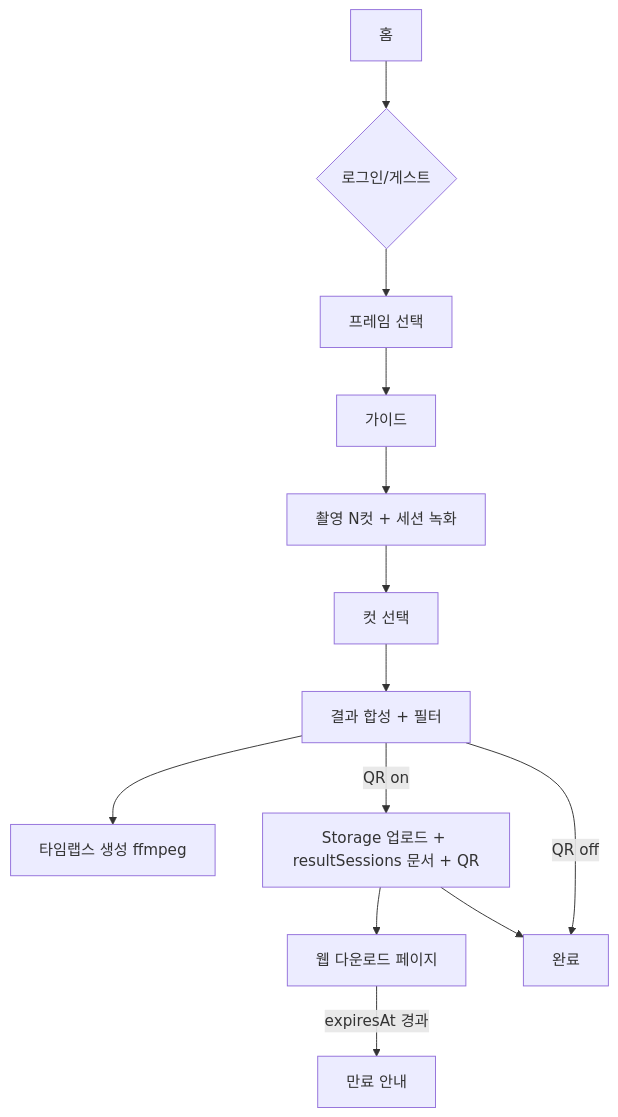
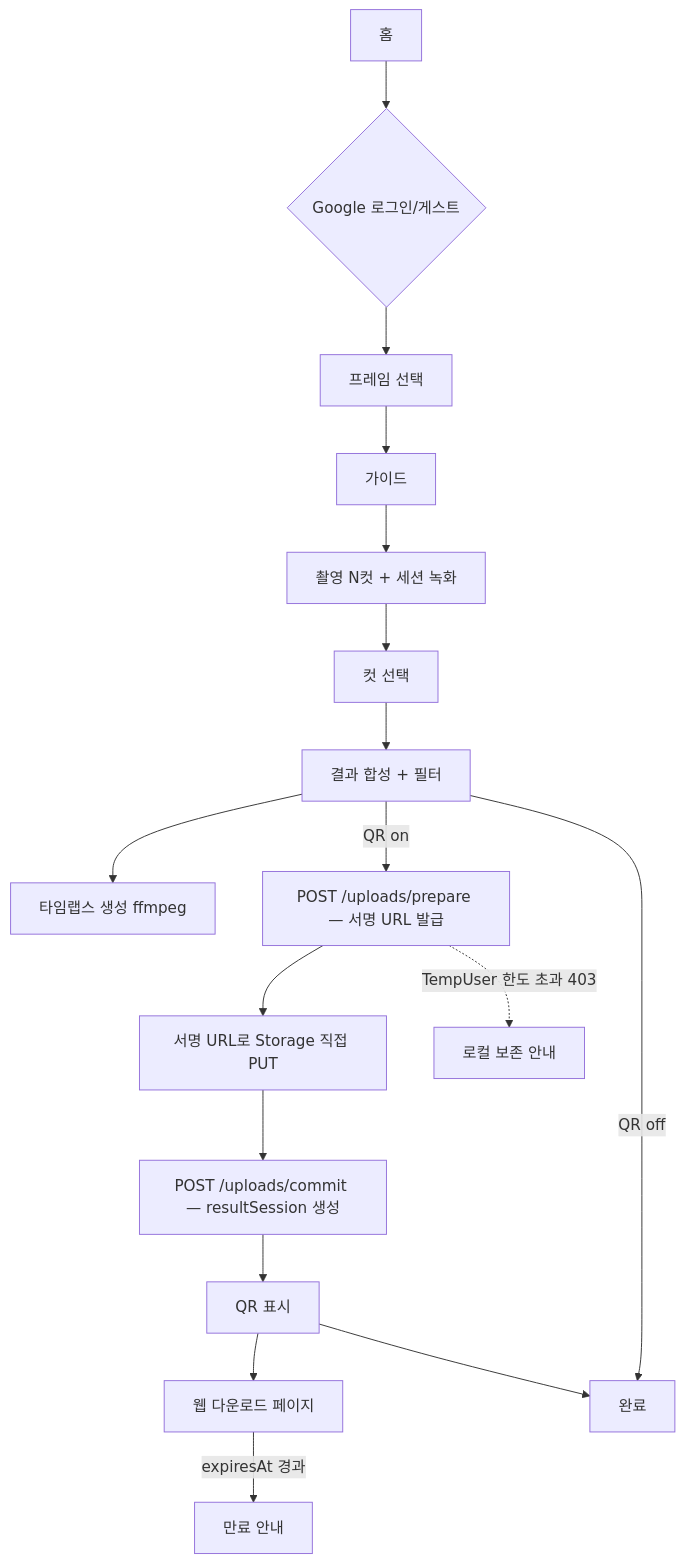
Before and after one commit to devmcjo/PhotoBooth: the diagram in docs/analysis/00-overview-and-architecture.md, drawn with Mermaid. The commit also changed other lines of this file and 3 other files, not shown here.

````diff
--- a/docs/analysis/00-overview-and-architecture.md
+++ b/docs/analysis/00-overview-and-architecture.md
@@ -52,13 +63,17 @@
 ```mermaid
 flowchart TD
-  Home[홈] --> Login{로그인/게스트}
+  Home[홈] --> Login{Google 로그인/게스트}
   Login --> FrameSelect[프레임 선택]
   FrameSelect --> Guide[가이드] --> Capture[촬영 N컷 + 세션 녹화]
   Capture --> CutSelect[컷 선택] --> Result[결과 합성 + 필터]
   Result --> Timelapse[타임랩스 생성 ffmpeg]
-  Result -->|QR on| Upload[Storage 업로드 + resultSessions 문서 + QR]
-  Upload --> Web[웹 다운로드 페이지]
+  Result -->|QR on| Prepare["POST /uploads/prepare — 서명 URL 발급"]
+  Prepare --> Put["서명 URL로 Storage 직접 PUT"]
+  Put --> Commit["POST /uploads/commit — resultSession 생성"]
+  Commit --> Qr[QR 표시]
+  Qr --> Web[웹 다운로드 페이지]
   Result -->|QR off| Done[완료]
-  Upload --> Done
+  Qr --> Done
+  Prepare -.->|TempUser 한도 초과 403| Local[로컬 보존 안내]
   Web -->|expiresAt 경과| Expired[만료 안내]
 ```
````
